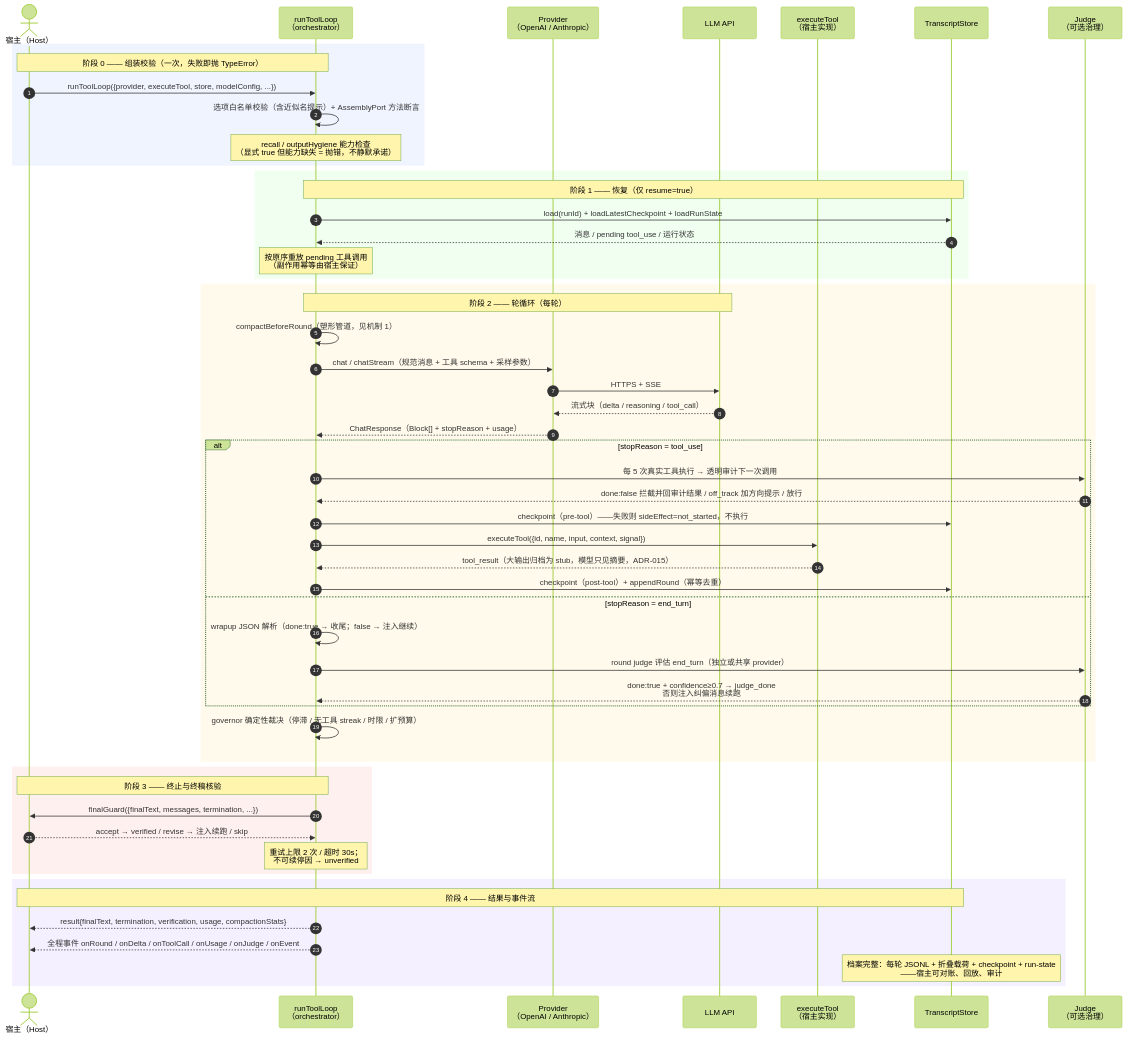
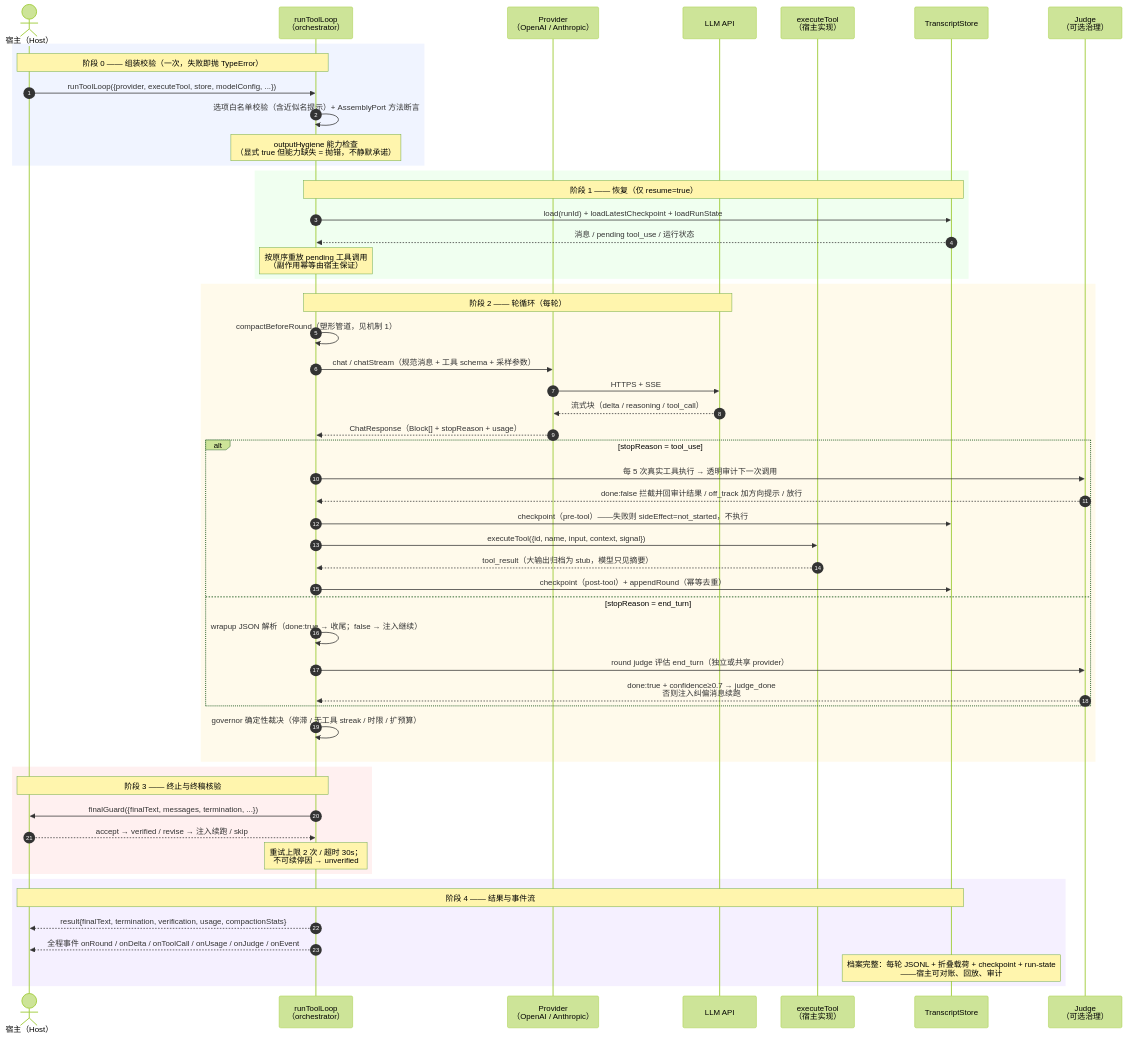
One commit to ErixWong/erix-agent changed the third of 5 diagrams in docs/charts_cn.md. Above: the diagram before and after it, drawn with Mermaid (forest theme). The commit also changed other lines of this file and 1 other file, not shown here.

First line of the commit message:
docs: charts 双语版同步 recall 退役（note-first 取回，issue #36）

````diff
--- a/docs/charts_cn.md
+++ b/docs/charts_cn.md
@@ -169,61 +166,61 @@
 ```mermaid
 sequenceDiagram
     autonumber
     actor H as 宿主（Host）
     participant L as runToolLoop<br/>（orchestrator）
     participant P as Provider<br/>（OpenAI / Anthropic）
     participant M as LLM API
     participant T as executeTool<br/>（宿主实现）
     participant S as TranscriptStore
     participant J as Judge<br/>（可选治理）
 
     rect rgb(240, 244, 255)
     Note over H,L: 阶段 0 —— 组装校验（一次，失败即抛 TypeError）
     H->>L: runToolLoop({provider, executeTool, store, modelConfig, ...})
     L->>L: 选项白名单校验（含近似名提示）+ AssemblyPort 方法断言
-    Note over L: recall / outputHygiene 能力检查<br/>（显式 true 但能力缺失 = 抛错，不静默承诺）
+    Note over L: outputHygiene 能力检查<br/>（显式 true 但能力缺失 = 抛错，不静默承诺）
     end
 
     rect rgb(240, 255, 240)
     Note over L,S: 阶段 1 —— 恢复（仅 resume=true）
     L->>S: load(runId) + loadLatestCheckpoint + loadRunState
     S-->>L: 消息 / pending tool_use / 运行状态
     Note over L: 按原序重放 pending 工具调用<br/>（副作用幂等由宿主保证）
     end
 
     rect rgb(255, 250, 235)
     Note over L,M: 阶段 2 —— 轮循环（每轮）
     L->>L: compactBeforeRound（塑形管道，见机制 1）
     L->>P: chat / chatStream（规范消息 + 工具 schema + 采样参数）
     P->>M: HTTPS + SSE
     M-->>P: 流式块（delta / reasoning / tool_call）
     P-->>L: ChatResponse（Block[] + stopReason + usage）
     alt stopReason = tool_use
         L->>J: 每 5 次真实工具执行 → 透明审计下一次调用
         J-->>L: done:false 拦截并回审计结果 / off_track 加方向提示 / 放行
         L->>S: checkpoint（pre-tool）——失败则 sideEffect=not_started，不执行
         L->>T: executeTool({id, name, input, context, signal})
-        T-->>L: tool_result（大输出归档为 stub，模型只见摘要，ADR-015）
+        T-->>L: tool_result（大输出归档为 stub，模型只见摘要）
         L->>S: checkpoint（post-tool）+ appendRound（幂等去重）
     else stopReason = end_turn
         L->>L: wrapup JSON 解析（done:true → 收尾；false → 注入继续）
         L->>J: round judge 评估 end_turn（独立或共享 provider）
         J-->>L: done:true + confidence≥0.7 → judge_done<br/>否则注入纠偏消息续跑
     end
     L->>L: governor 确定性裁决（停滞 / 无工具 streak / 时限 / 扩预算）
     end
 
     rect rgb(255, 240, 240)
     Note over H,L: 阶段 3 —— 终止与终稿核验
     L->>H: finalGuard({finalText, messages, termination, ...})
     H-->>L: accept → verified / revise → 注入续跑 / skip
     Note over L: 重试上限 2 次 / 超时 30s；<br/>不可续停因 → unverified
     end
 
     rect rgb(245, 240, 255)
     Note over H,S: 阶段 4 —— 结果与事件流
     L-->>H: result{finalText, termination, verification, usage, compactionStats}
     L-->>H: 全程事件 onRound / onDelta / onToolCall / onUsage / onJudge / onEvent
     Note over S: 档案完整：每轮 JSONL + 折叠载荷 + checkpoint + run-state<br/>——宿主可对账、回放、审计
     end
 ```
````
